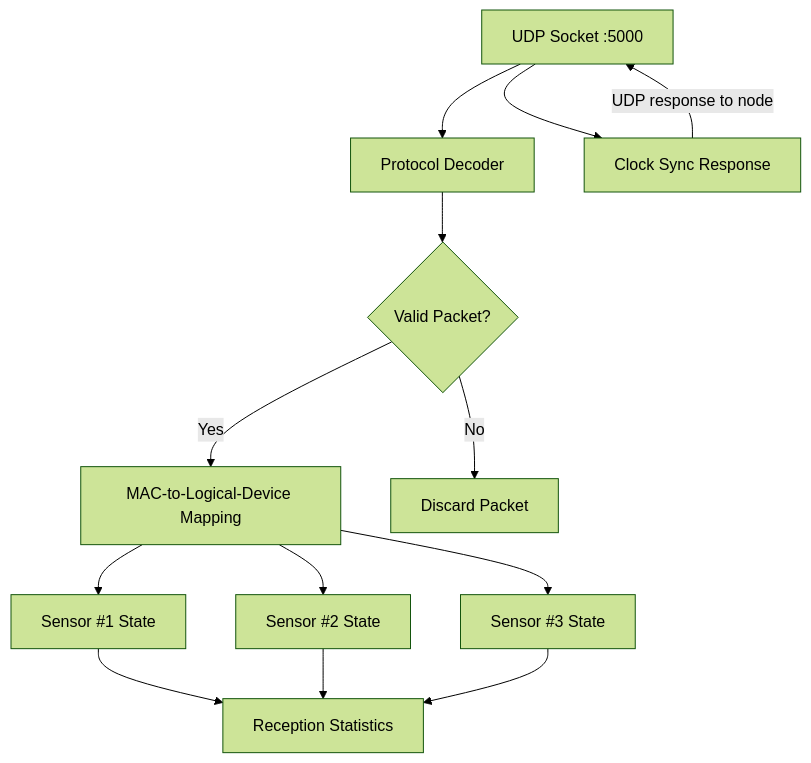
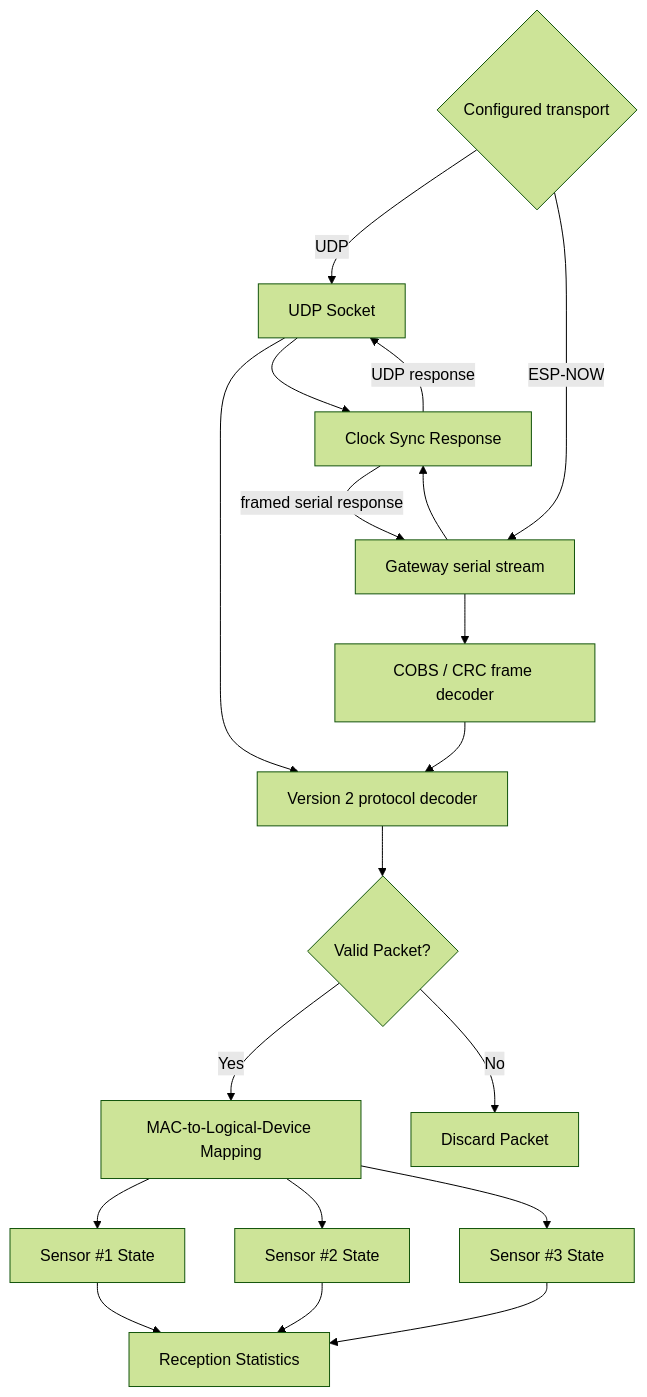
Before and after one commit to Neko-vecter/inverted-pendulum-sensor: the fourth of 5 diagrams in docs/architecture.md, drawn with Mermaid (forest theme). The commit also changed other lines of this file and 37 other files, not shown here.

Commit message:
add esp now support

````diff
--- a/docs/architecture.md
+++ b/docs/architecture.md
@@ -87,30 +69,38 @@
 ```mermaid
 flowchart TD
-    UDP["UDP Socket :5000"]
-    Decoder["Protocol Decoder"]
+    Input{"Configured transport"}
+    UDP["UDP Socket"]
+    Serial["Gateway serial stream"]
+    Frame["COBS / CRC frame decoder"]
+    Decoder["Version 2 protocol decoder"]
     Validate{"Valid Packet?"}
     Router["MAC-to-Logical-Device Mapping"]
     Sync["Clock Sync Response"]
 
     S1["Sensor #1 State"]
     S2["Sensor #2 State"]
     S3["Sensor #3 State"]
 
     Stats["Reception Statistics"]
 
+    Input -->|"UDP"| UDP
+    Input -->|"ESP-NOW"| Serial
     UDP --> Decoder
+    Serial --> Frame --> Decoder
     UDP --> Sync
-    Sync -->|"UDP response to node"| UDP
+    Serial --> Sync
+    Sync -->|"UDP response"| UDP
+    Sync -->|"framed serial response"| Serial
     Decoder --> Validate
 
     Validate -->|Yes| Router
     Validate -->|No| Drop["Discard Packet"]
 
     Router --> S1
     Router --> S2
     Router --> S3
 
     S1 --> Stats
     S2 --> Stats
     S3 --> Stats
 ```
````
